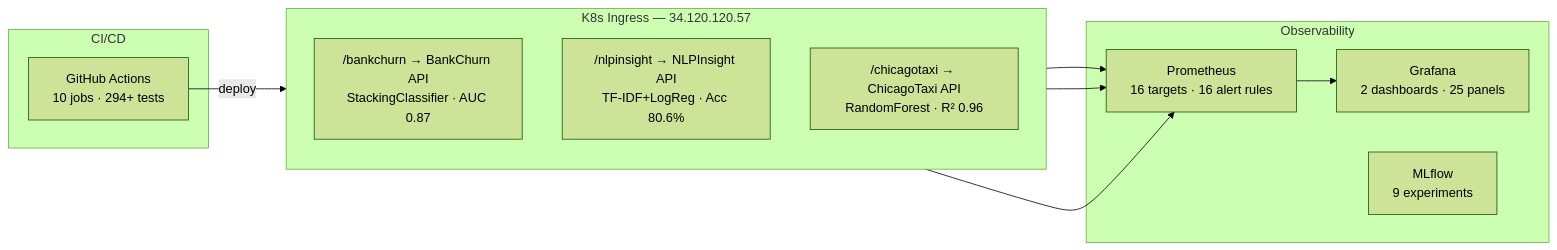
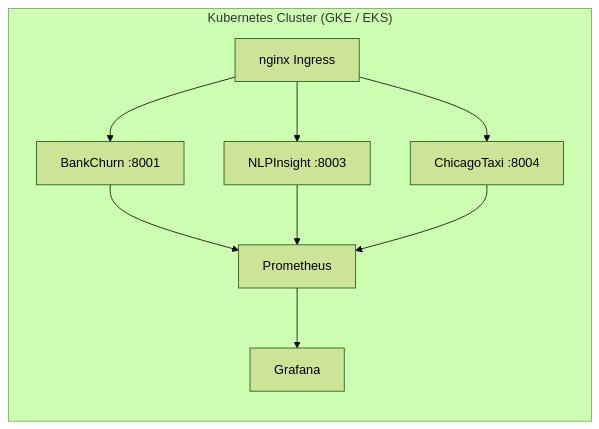
Before and after one commit to DuqueOM/ML-MLOps-Portfolio: the diagram in docs/projects/overview.md, drawn with Mermaid (forest theme). The commit also changed other lines of this file and 25 other files, not shown here.

First line of the commit message:
docs: add VIDEO_SCRIPT_v2, expand ChicagoTaxi latency analysis, update MULTI_CLOUD_COMPARISON

````diff
--- a/docs/projects/overview.md
+++ b/docs/projects/overview.md
@@ -11,24 +11,12 @@
 ```mermaid
-flowchart LR
-    subgraph Ingress ["K8s Ingress — 34.120.120.57"]
-        direction TB
-        BC["/bankchurn → BankChurn API\nStackingClassifier · AUC 0.87"]
-        NLP["/nlpinsight → NLPInsight API\nTF-IDF+LogReg · Acc 80.6%"]
-        CT["/chicagotaxi → ChicagoTaxi API\nRandomForest · R² 0.96"]
+graph LR
+    subgraph "Kubernetes Cluster (GKE / EKS)"
+        ING[nginx Ingress] --> BC[BankChurn :8001]
+        ING --> NLP[NLPInsight :8003]
+        ING --> CT[ChicagoTaxi :8004]
+        BC --> PROM[Prometheus]
+        NLP --> PROM
+        CT --> PROM
+        PROM --> GRAF[Grafana]
     end
-
-    subgraph Observe ["Observability"]
-        PROM[Prometheus\n16 targets · 16 alert rules]
-        GRAF[Grafana\n2 dashboards · 25 panels]
-        MLF[MLflow\n9 experiments]
-    end
-
-    BC & NLP & CT --> PROM
-    PROM --> GRAF
-
-    subgraph CI ["CI/CD"]
-        GHA[GitHub Actions\n10 jobs · 294+ tests]
-    end
-
-    GHA --> |deploy| Ingress
 ```
````
